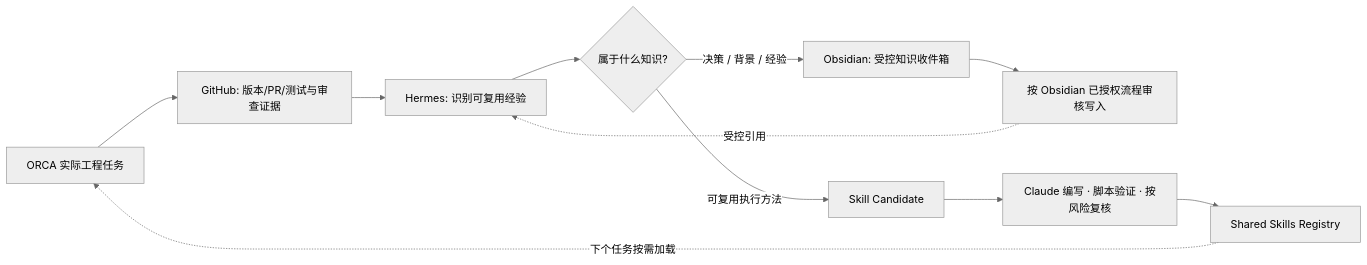
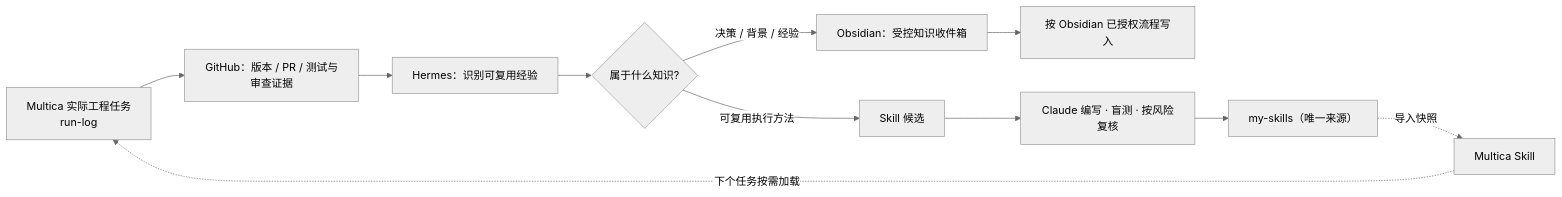
Before and after one commit to Natsukashii1997/digital-twin: the fourth of 4 diagrams in docs/DT-ORC/ARCHITECTURE.md, drawn with Mermaid (neutral theme). The commit also changed other lines of this file and 4 other files, not shown here.

First line of the commit message:
docs(dt-orc): 架构升 V4.0，项目协同改用 Multica，移除 ORCA（#60）

````diff
--- a/docs/DT-ORC/ARCHITECTURE.md
+++ b/docs/DT-ORC/ARCHITECTURE.md
@@ -431,13 +539,13 @@
 ```mermaid
 flowchart LR
-    A["ORCA 实际工程任务"] --> B["GitHub: 版本/PR/测试与审查证据"]
-    B --> C["Hermes: 识别可复用经验"]
+    A["Multica 实际工程任务<br/>run-log"] --> B["GitHub：版本 / PR / 测试与审查证据"]
+    B --> C["Hermes：识别可复用经验"]
     C --> D{"属于什么知识?"}
-    D -->|"决策 / 背景 / 经验"| E["Obsidian: 受控知识收件箱"]
-    D -->|"可复用执行方法"| F["Skill Candidate"]
-    E --> G["按 Obsidian 已授权流程审核写入"]
-    F --> H["Claude 编写 · 脚本验证 · 按风险复核"]
-    H --> I["Shared Skills Registry"]
-    G -.->|"受控引用"| C
-    I -.->|"下个任务按需加载"| A
+    D -->|"决策 / 背景 / 经验"| E["Obsidian：受控知识收件箱"]
+    D -->|"可复用执行方法"| F["Skill 候选"]
+    E --> G["按 Obsidian 已授权流程写入"]
+    F --> H["Claude 编写 · 盲测 · 按风险复核"]
+    H --> I["my-skills（唯一来源）"]
+    I -.->|"导入快照"| J["Multica Skill"]
+    J -.->|"下个任务按需加载"| A
 ```
````
